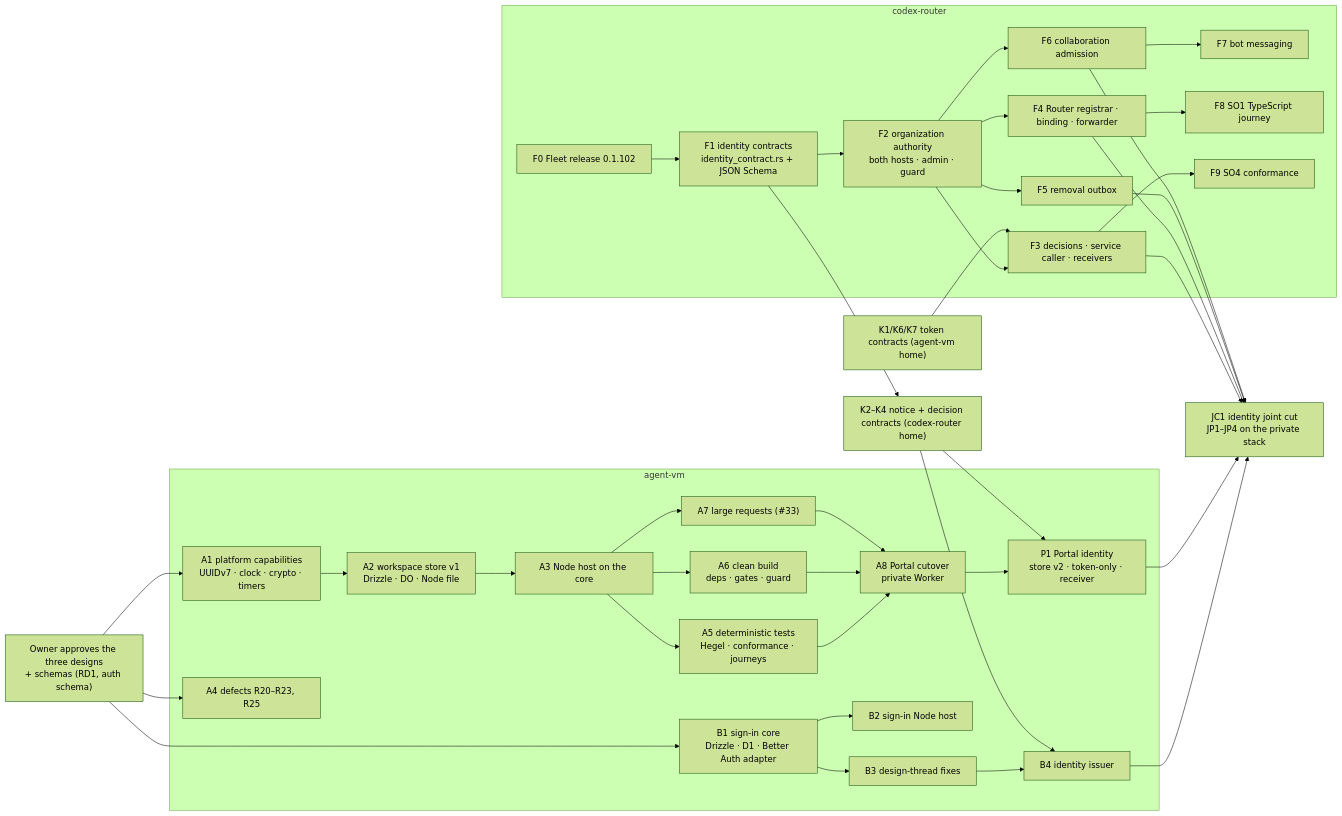
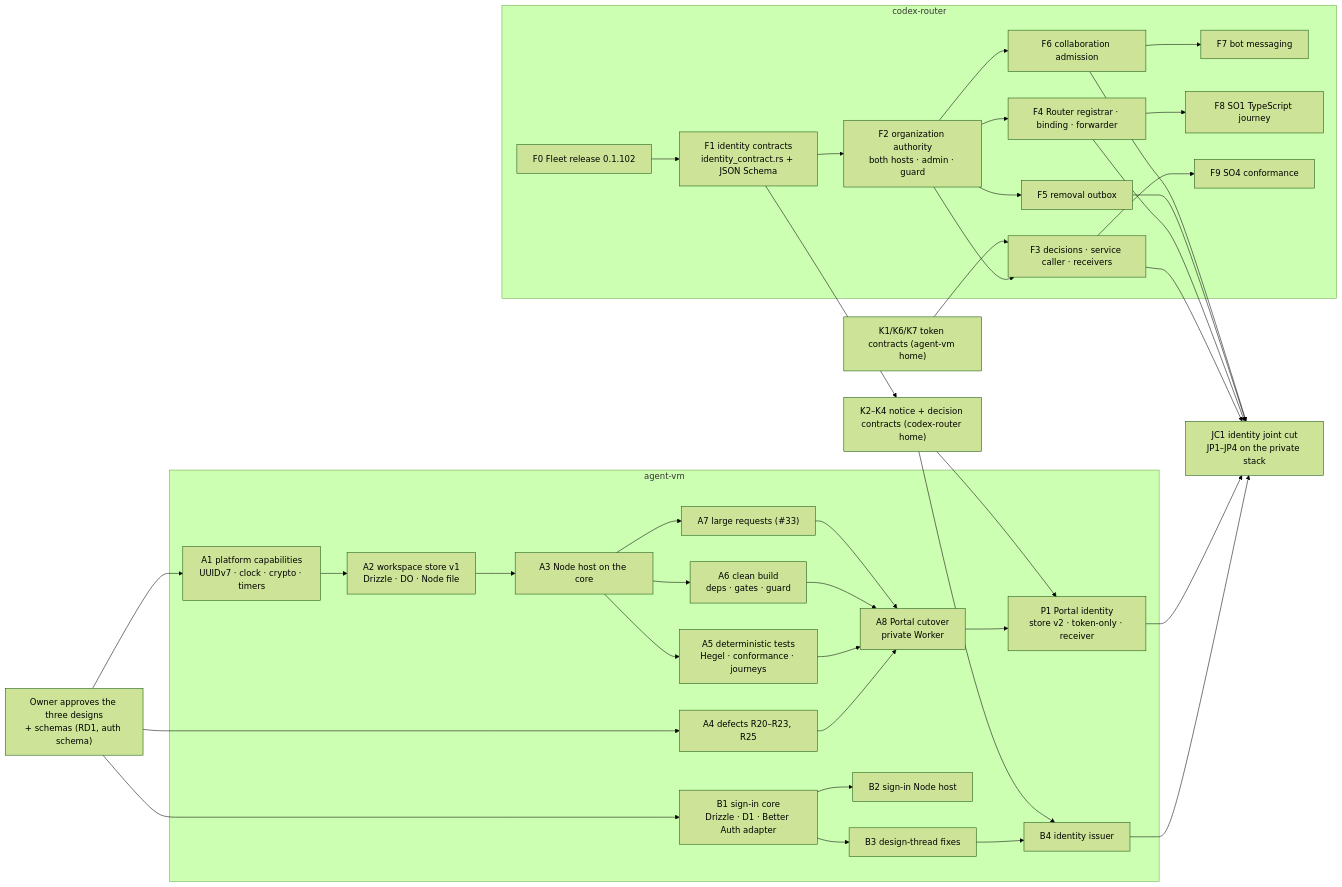
Before and after one commit to ShravanSunder/agent-vm: the diagram in docs/specs/2026-10-24-delivery-orchestration/program-design.md, drawn with Mermaid (forest theme). The commit also changed other lines of this file and 3 other files, not shown here.

````diff
--- a/docs/specs/2026-10-24-delivery-orchestration/program-design.md
+++ b/docs/specs/2026-10-24-delivery-orchestration/program-design.md
@@ -7,43 +7,44 @@
 ```mermaid
 flowchart LR
   APPROVE["Owner approves the three designs<br/>+ schemas (RD1, auth schema)"]
   subgraph AV["agent-vm"]
     A1["A1 platform capabilities<br/>UUIDv7 · clock · crypto · timers"] --> A2["A2 workspace store v1<br/>Drizzle · DO · Node file"]
     A2 --> A3["A3 Node host on the core"]
     A4["A4 defects R20–R23, R25"]
+    A4 --> A8
     A3 --> A5["A5 deterministic tests<br/>Hegel · conformance · journeys"]
     A3 --> A6["A6 clean build<br/>deps · gates · guard"]
     A3 --> A7["A7 large requests (#33)"]
     A5 --> A8["A8 Portal cutover<br/>private Worker"]
     A6 --> A8
     A7 --> A8
     B1["B1 sign-in core<br/>Drizzle · D1 · Better Auth adapter"] --> B2["B2 sign-in Node host"]
     B1 --> B3["B3 design-thread fixes"]
     B3 --> B4["B4 identity issuer"]
     A8 --> P1["P1 Portal identity<br/>store v2 · token-only · receiver"]
   end
   subgraph CR["codex-router"]
     F0["F0 Fleet release 0.1.102"] --> F1["F1 identity contracts<br/>identity_contract.rs + JSON Schema"]
     F1 --> F2["F2 organization authority<br/>both hosts · admin · guard"]
     F2 --> F3["F3 decisions · service caller · receivers"]
     F2 --> F4["F4 Router registrar · binding · forwarder"]
     F2 --> F5["F5 removal outbox"]
     F2 --> F6["F6 collaboration admission"]
     F6 --> F7["F7 bot messaging"]
     F4 --> F8["F8 SO1 TypeScript journey"]
     F3 --> F9["F9 SO4 conformance"]
   end
   APPROVE --> A1
   APPROVE --> A4
   APPROVE --> B1
   K1["K1/K6/K7 token contracts (agent-vm home)"] --> F3
   F1 --> K2["K2–K4 notice + decision contracts (codex-router home)"]
   K2 --> P1
   K2 --> B4
   B4 --> JC1["JC1 identity joint cut<br/>JP1–JP4 on the private stack"]
   P1 --> JC1
   F3 --> JC1
   F4 --> JC1
   F5 --> JC1
   F6 --> JC1
 ```
````
